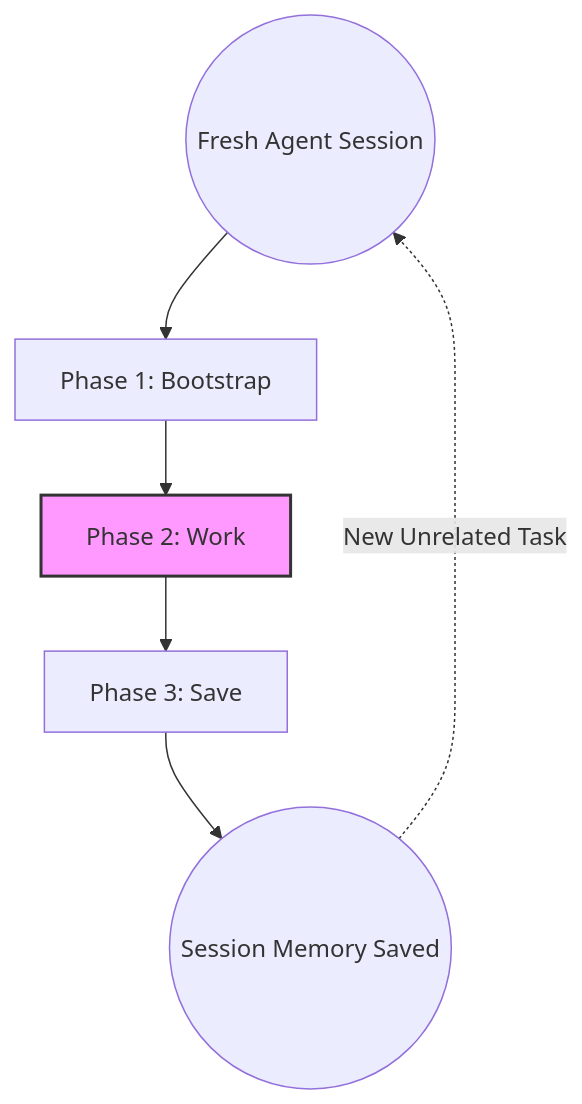
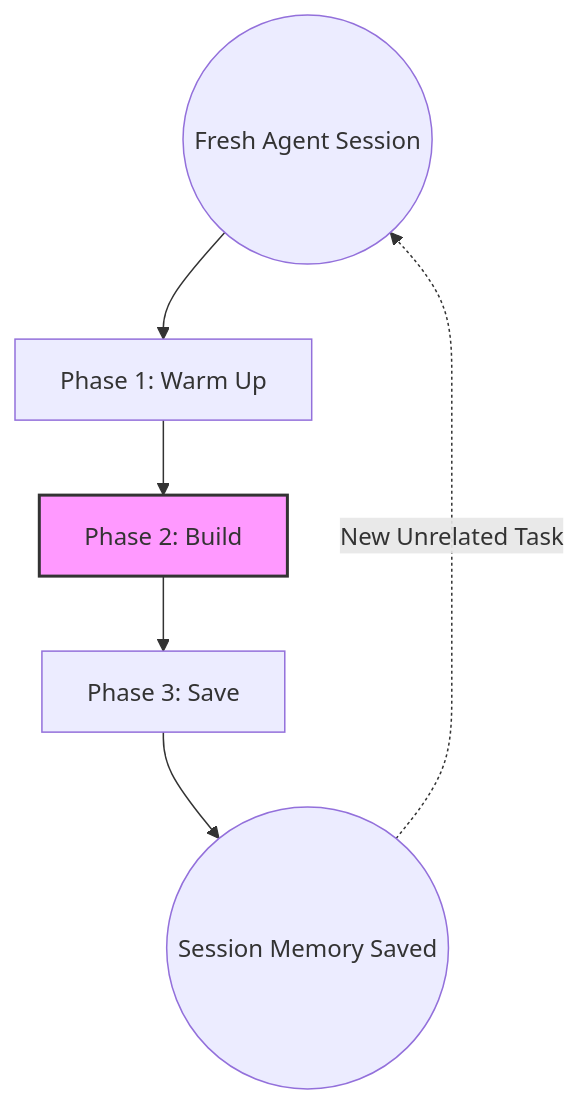
Before and after one commit to konteks/cli: the diagram in docs/getting-started/lifecycle.md, drawn with Mermaid. The commit also changed other lines of this file and 10 other files, not shown here.

````diff
--- a/docs/getting-started/lifecycle.md
+++ b/docs/getting-started/lifecycle.md
@@ -5,11 +5,11 @@
 ```mermaid
 graph TD
-    Start((Fresh Agent Session)) --> P1[Phase 1: Bootstrap]
-    P1 --> P2[Phase 2: Work]
+    Start((Fresh Agent Session)) --> P1[Phase 1: Warm Up]
+    P1 --> P2[Phase 2: Build]
     P2 --> P3[Phase 3: Save]
     P3 --> End((Session Memory Saved))
     
     End -.->|New Unrelated Task| Start
 
     style P2 fill:#f9f,stroke:#333,stroke-width:2px
 ```
````
